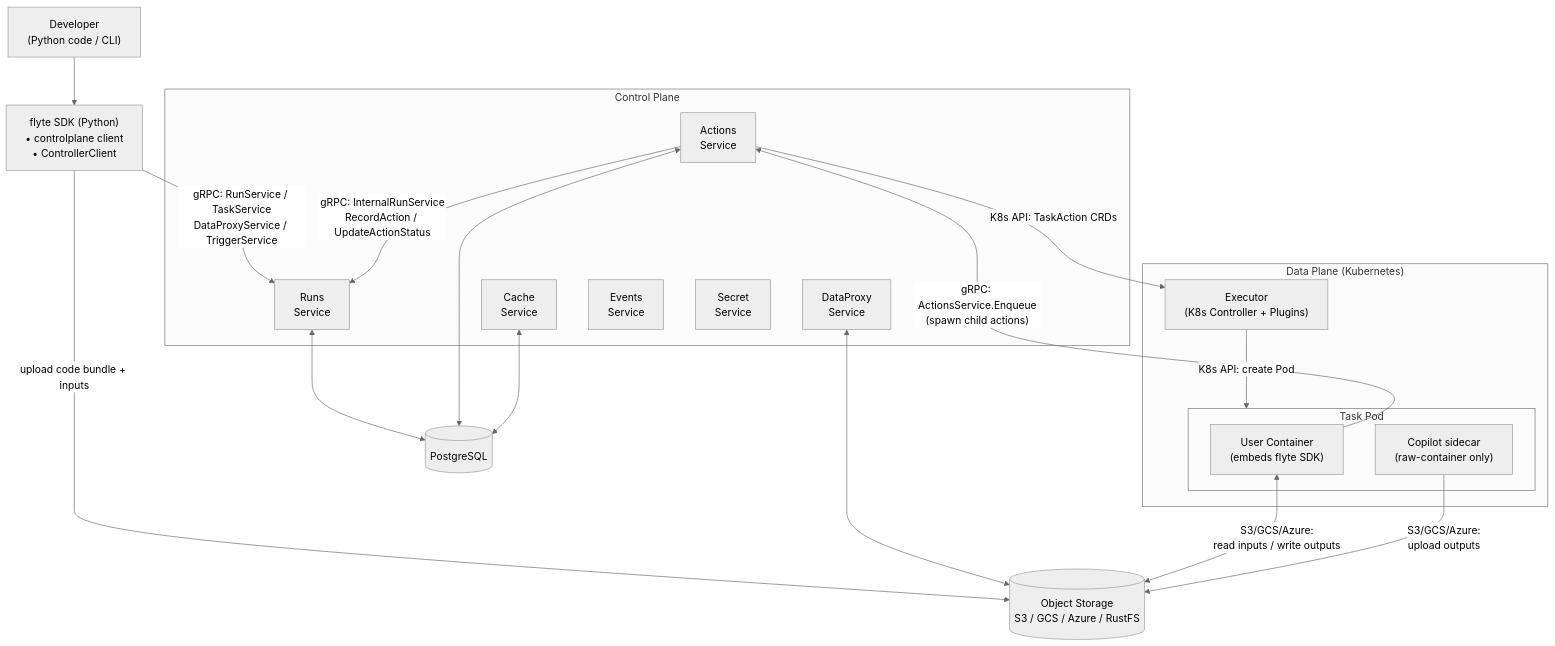
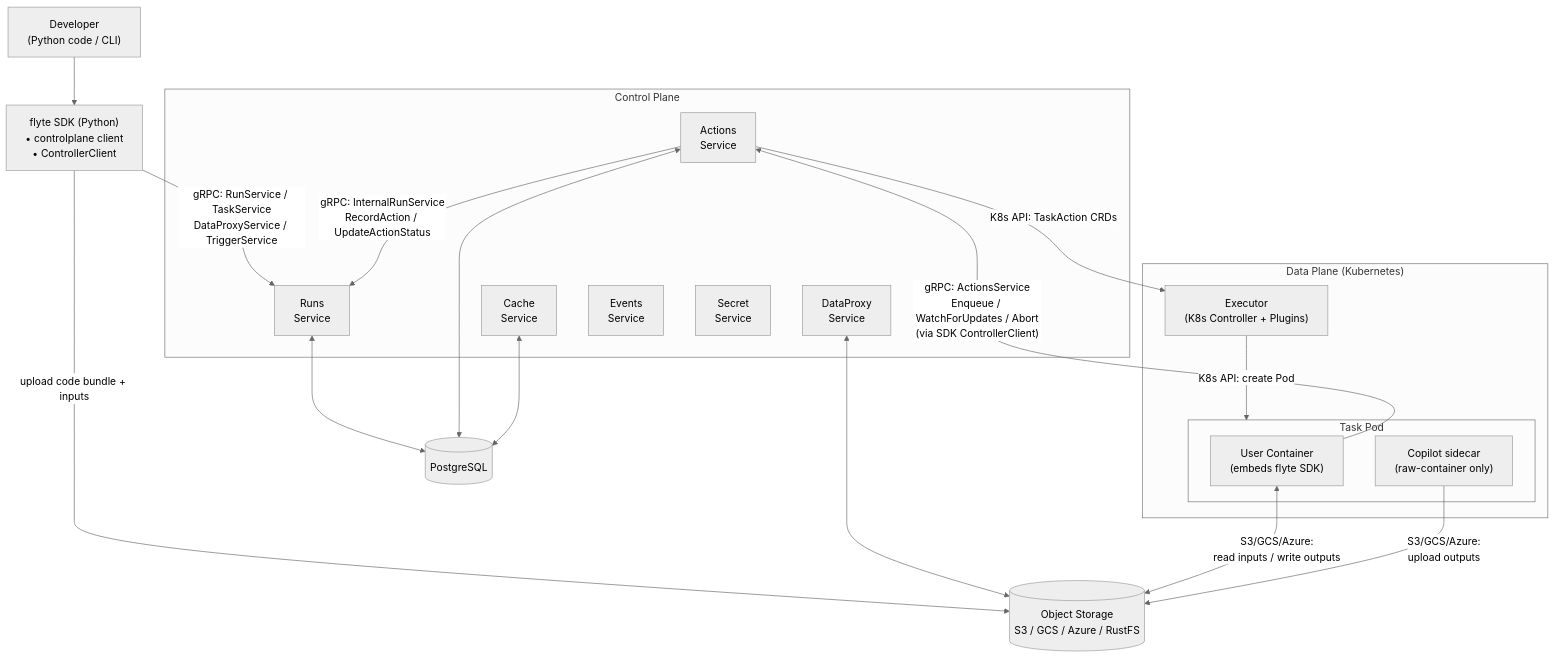
One commit to flyteorg/flyte changed the first of 5 diagrams in docs/architecture.md. Above: the diagram before and after it, drawn with Mermaid (neutral theme). The commit also changed other lines of this file and 1 other file, not shown here.

Commit message:
Fix diagram label overlaps; expand SDK ControllerClient RPCs (Enqueue/WatchForUpdates/Abort)

````diff
--- a/docs/architecture.md
+++ b/docs/architecture.md
@@ -41,39 +41,39 @@
 ```mermaid
 flowchart TB
     Dev["Developer<br/>(Python code / CLI)"]
     SDK["flyte SDK (Python)<br/>• controlplane client<br/>• ControllerClient"]
 
     subgraph ControlPlane["Control Plane"]
         Runs["Runs<br/>Service"]
         Actions["Actions<br/>Service"]
         DataProxy["DataProxy<br/>Service"]
         Cache["Cache<br/>Service"]
         Events["Events<br/>Service"]
         Secret["Secret<br/>Service"]
     end
 
     DB[("PostgreSQL")]
     Storage[("Object Storage<br/>S3 / GCS / Azure / RustFS")]
 
     subgraph DataPlane["Data Plane (Kubernetes)"]
         Executor["Executor<br/>(K8s Controller + Plugins)"]
         subgraph Pod["Task Pod"]
             User["User Container<br/>(embeds flyte SDK)"]
             Copilot["Copilot sidecar<br/>(raw-container only)"]
         end
     end
 
     Dev --> SDK
     SDK -- "gRPC: RunService / TaskService<br/>DataProxyService / TriggerService" --> Runs
     SDK -- "upload code bundle + inputs" --> Storage
     Runs <--> DB
     Actions <--> DB
     Cache <--> DB
     DataProxy <--> Storage
     Actions -- "K8s API: TaskAction CRDs" --> Executor
     Executor -- "K8s API: create Pod" --> Pod
-    User -- "gRPC: ActionsService.Enqueue<br/>(spawn child actions)" --> Actions
+    User -- "gRPC: ActionsService<br/>Enqueue / WatchForUpdates / Abort<br/>(via SDK ControllerClient)" --> Actions
     User <-- "S3/GCS/Azure:<br/>read inputs / write outputs" --> Storage
     Copilot -- "S3/GCS/Azure:<br/>upload outputs" --> Storage
     Actions -- "gRPC: InternalRunService<br/>RecordAction / UpdateActionStatus" --> Runs
 ```
````
